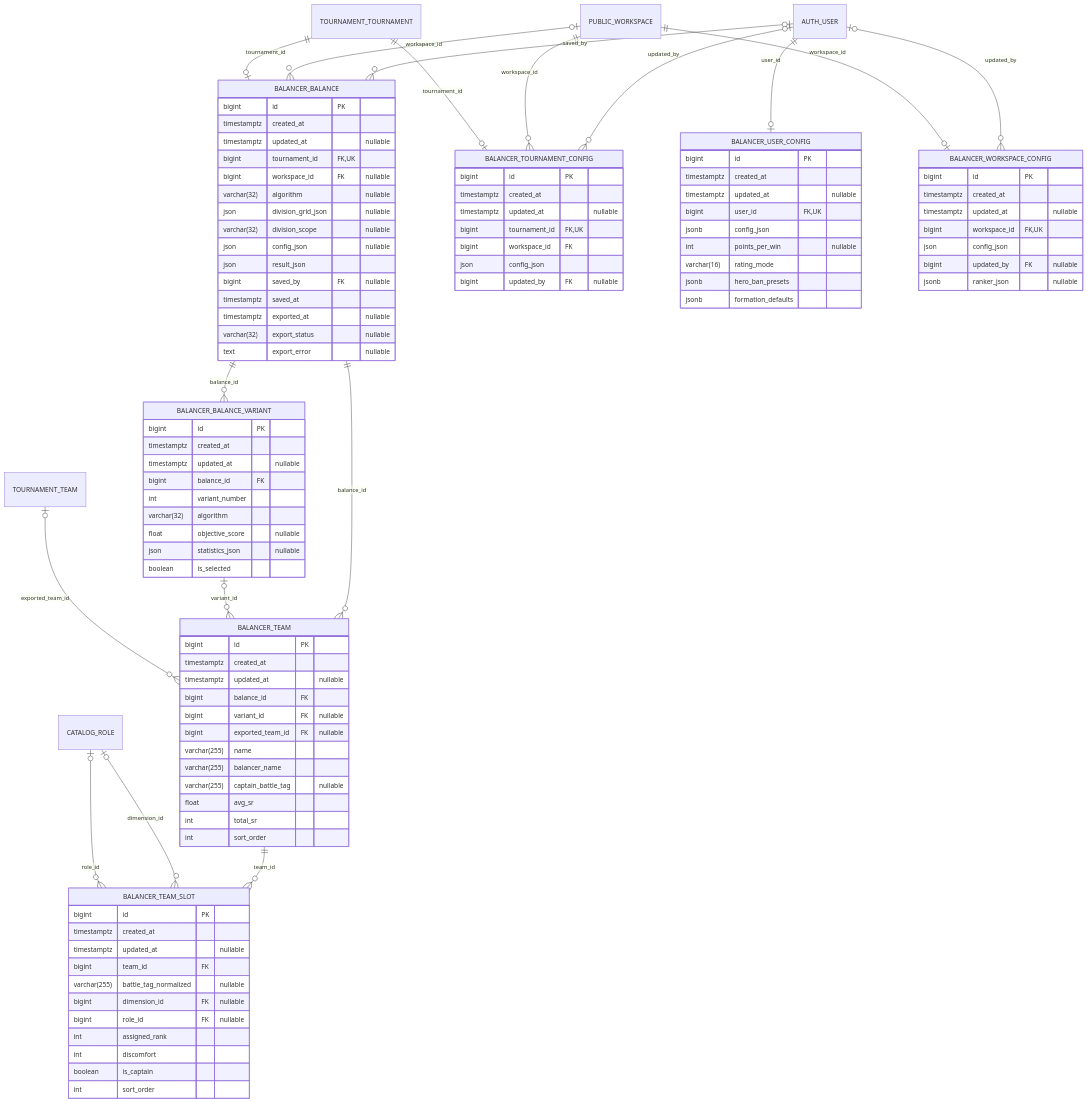
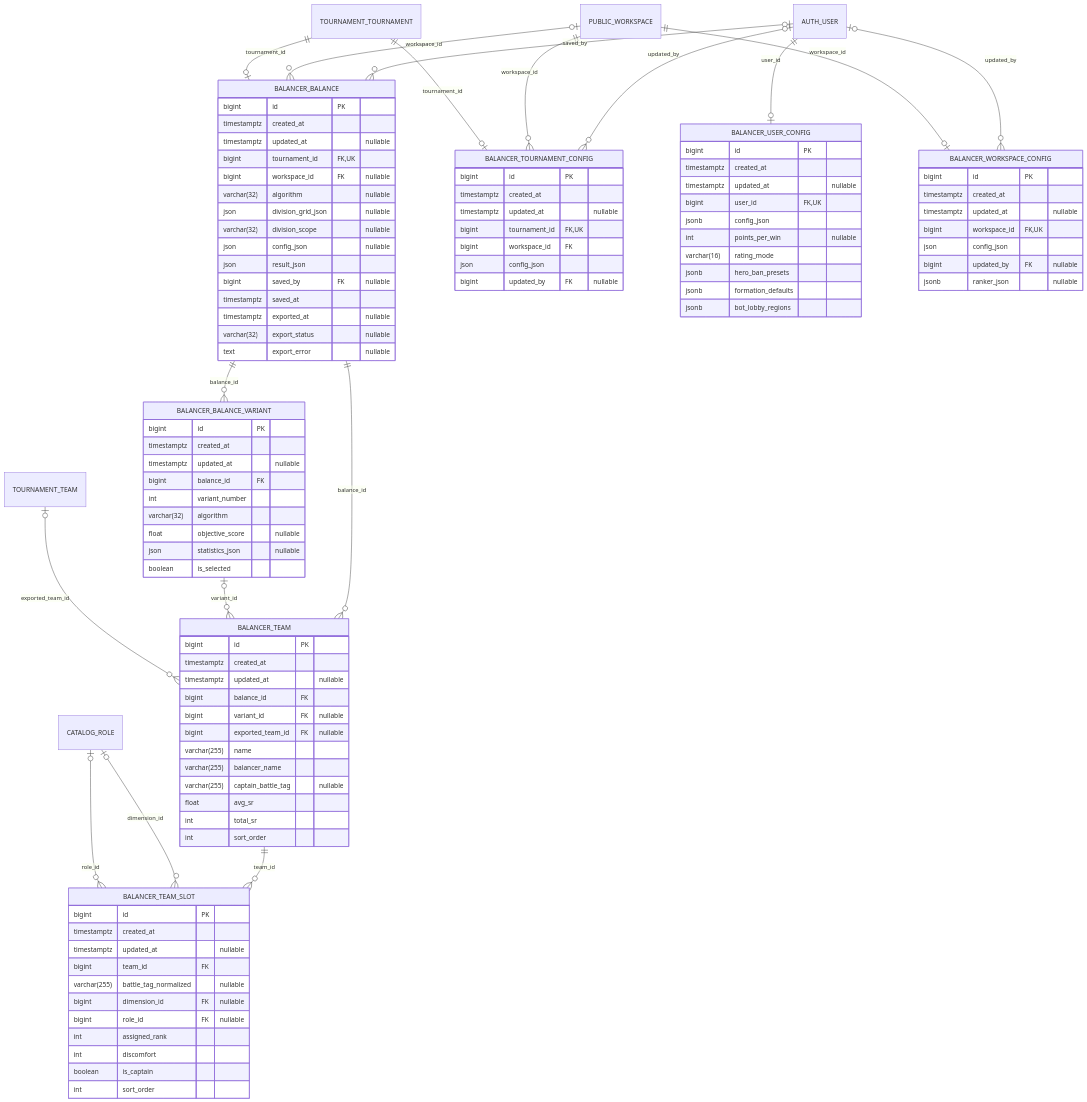
Before and after one commit to CraazzzyyFoxx/overwatch-tournaments: diagram 12 of 22 in docs/database_erd.md, drawn with Mermaid. The commit also changed other lines of this file and 75 other files, not shown here.

```diff
--- a/docs/database_erd.md
+++ b/docs/database_erd.md
@@ -2305,6 +2305,7 @@
         varchar(16) rating_mode
         jsonb hero_ban_presets
         jsonb formation_defaults
+        jsonb bot_lobby_regions
     }
     BALANCER_WORKSPACE_CONFIG {
         bigint id PK
```
